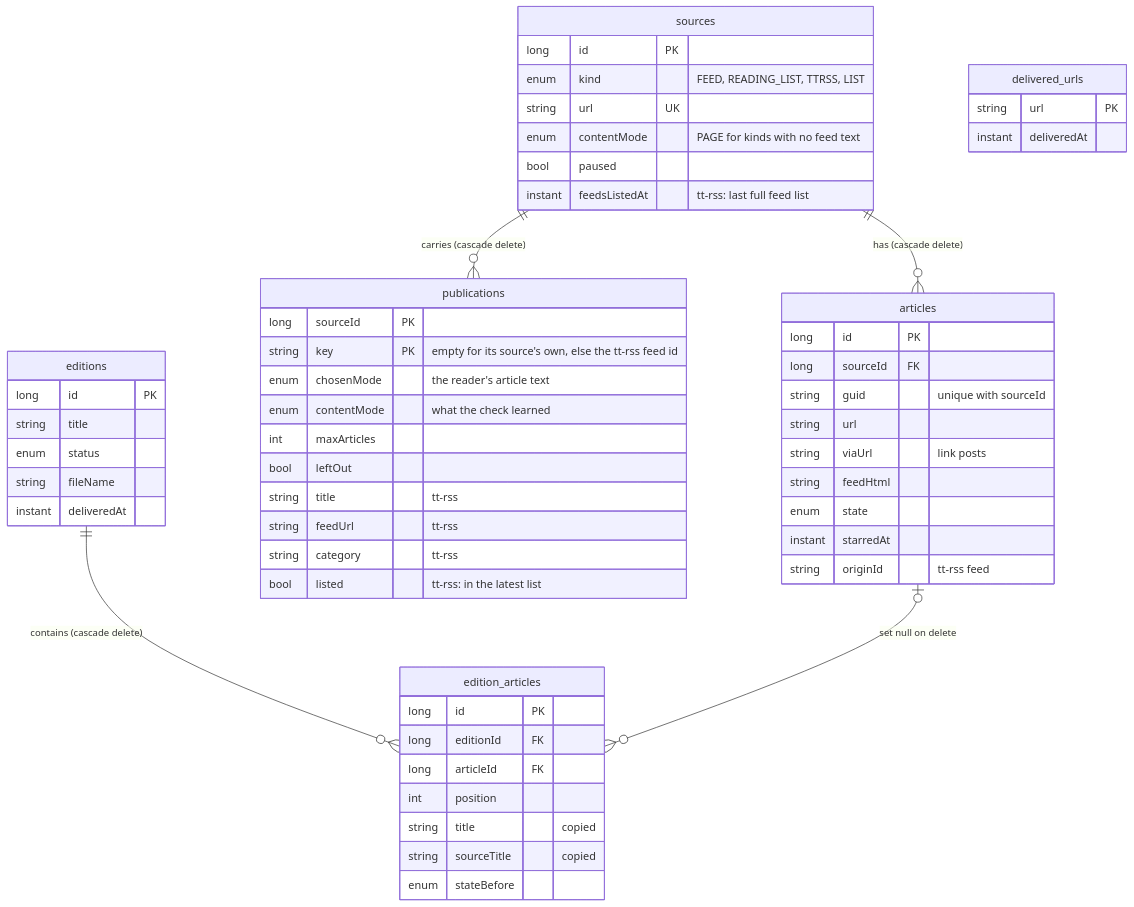
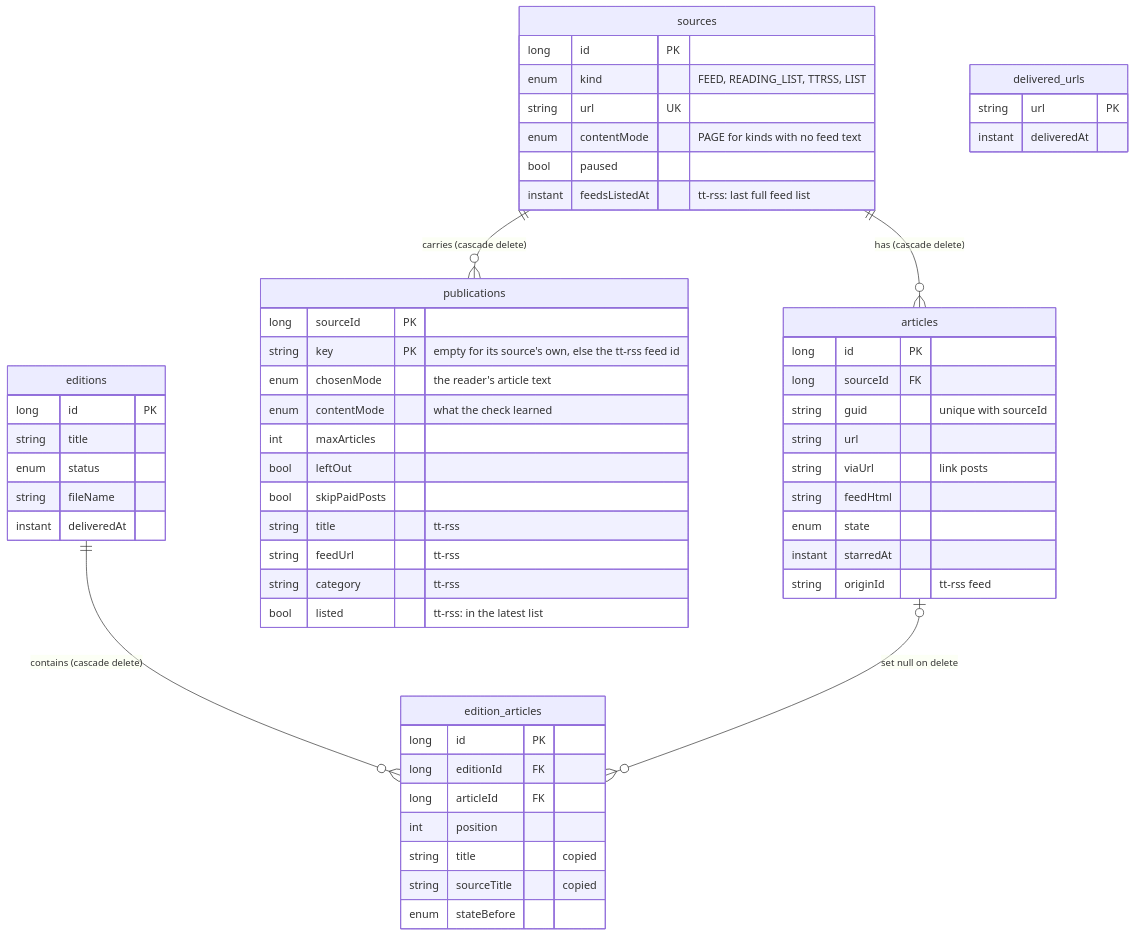
One commit to madCode/newspaperss changed the fifth of 6 diagrams in docs/ARCHITECTURE.md. Above: the diagram before and after it, drawn with Mermaid. The commit also changed other lines of this file and 18 other files, not shown here.

First line of the commit message:
Skip paid posts per publication, not per source

````diff
--- a/docs/ARCHITECTURE.md
+++ b/docs/ARCHITECTURE.md
@@ -256,58 +256,59 @@
 ```mermaid
 erDiagram
     sources ||--o{ articles : "has (cascade delete)"
     sources ||--o{ publications : "carries (cascade delete)"
     editions ||--o{ edition_articles : "contains (cascade delete)"
     articles |o--o{ edition_articles : "set null on delete"
     sources {
         long id PK
         enum kind "FEED, READING_LIST, TTRSS, LIST"
         string url UK
         enum contentMode "PAGE for kinds with no feed text"
         bool paused
         instant feedsListedAt "tt-rss: last full feed list"
     }
     publications {
         long sourceId PK
         string key PK "empty for its source's own, else the tt-rss feed id"
         enum chosenMode "the reader's article text"
         enum contentMode "what the check learned"
         int maxArticles
         bool leftOut
+        bool skipPaidPosts
         string title "tt-rss"
         string feedUrl "tt-rss"
         string category "tt-rss"
         bool listed "tt-rss: in the latest list"
     }
     articles {
         long id PK
         long sourceId FK
         string guid "unique with sourceId"
         string url
         string viaUrl "link posts"
         string feedHtml
         enum state
         instant starredAt
         string originId "tt-rss feed"
     }
     editions {
         long id PK
         string title
         enum status
         string fileName
         instant deliveredAt
     }
     edition_articles {
         long id PK
         long editionId FK
         long articleId FK
         int position
         string title "copied"
         string sourceTitle "copied"
         enum stateBefore
     }
     delivered_urls {
         string url PK
         instant deliveredAt
     }
 ```
````
